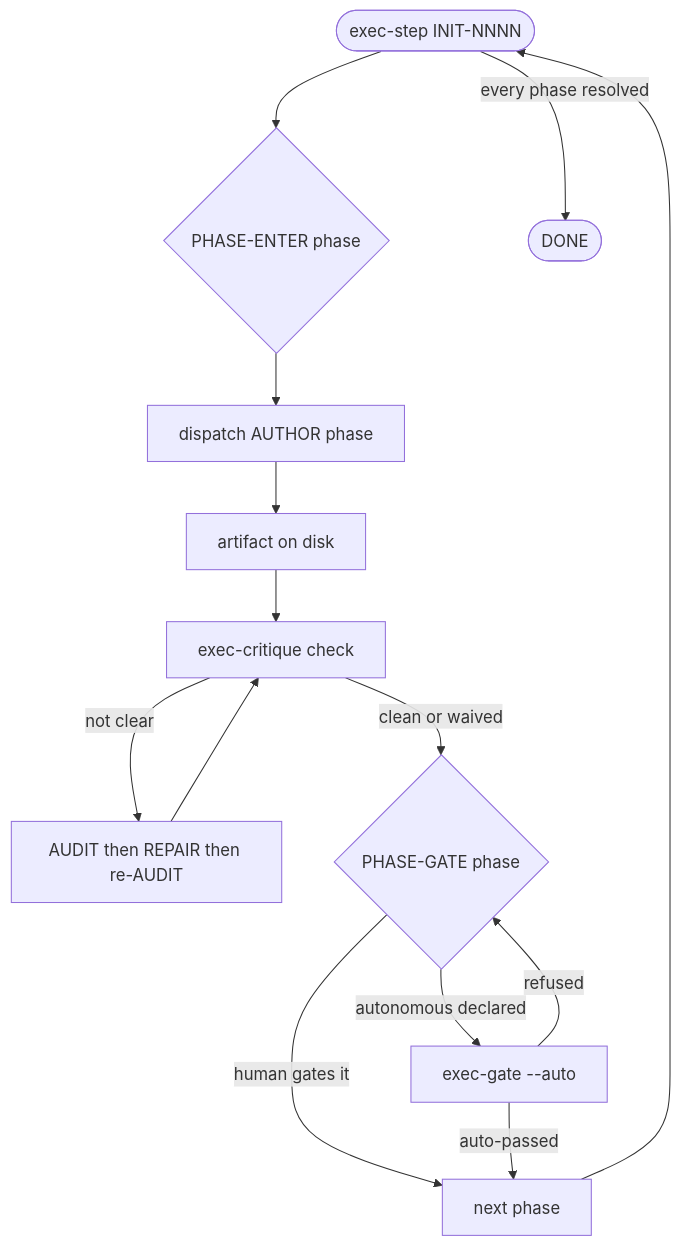
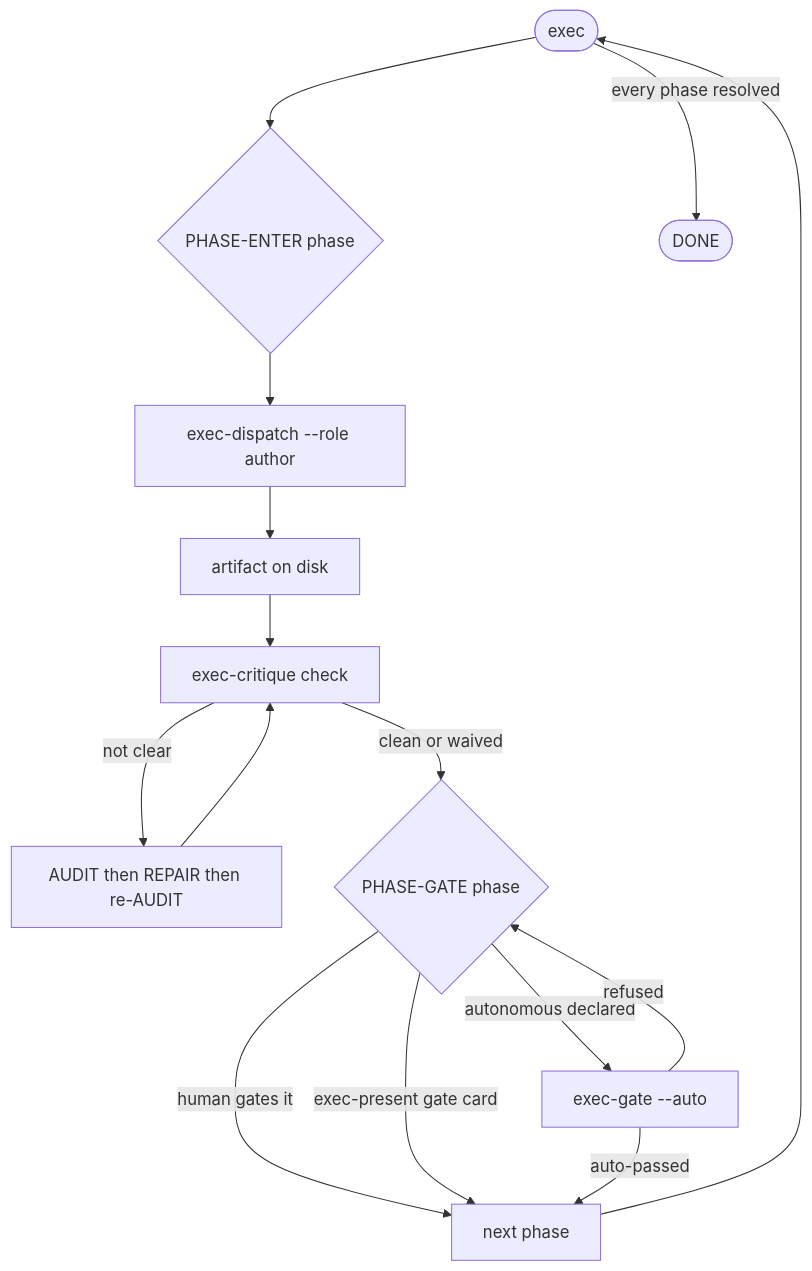
One commit to Atri10/executor changed the first of 5 diagrams in README.md. Above: the diagram before and after it, drawn with Mermaid. The commit also changed other lines of this file and 8 other files, not shown here.

````diff
--- a/README.md
+++ b/README.md
@@ -111,16 +114,17 @@
 ```mermaid
 flowchart TD
-    start(["exec-step INIT-NNNN"]) --> enter{"PHASE-ENTER phase"}
-    enter --> author["dispatch AUTHOR phase"]
+    start(["exec"]) --> enter{"PHASE-ENTER phase"}
+    enter --> author["exec-dispatch --role author"]
     author --> artifact["artifact on disk"]
     artifact --> check["exec-critique check"]
     check -->|"not clear"| loop["AUDIT then REPAIR then re-AUDIT"]
     loop --> check
     check -->|"clean or waived"| gate{"PHASE-GATE phase"}
     gate -->|"human gates it"| next["next phase"]
+    gate -->|"exec-present gate card"| next
     gate -->|"autonomous declared"| auto["exec-gate --auto"]
     auto -->|"refused"| gate
     auto -->|"auto-passed"| next
     next --> start
     start -->|"every phase resolved"| done(["DONE"])
 ```
````
